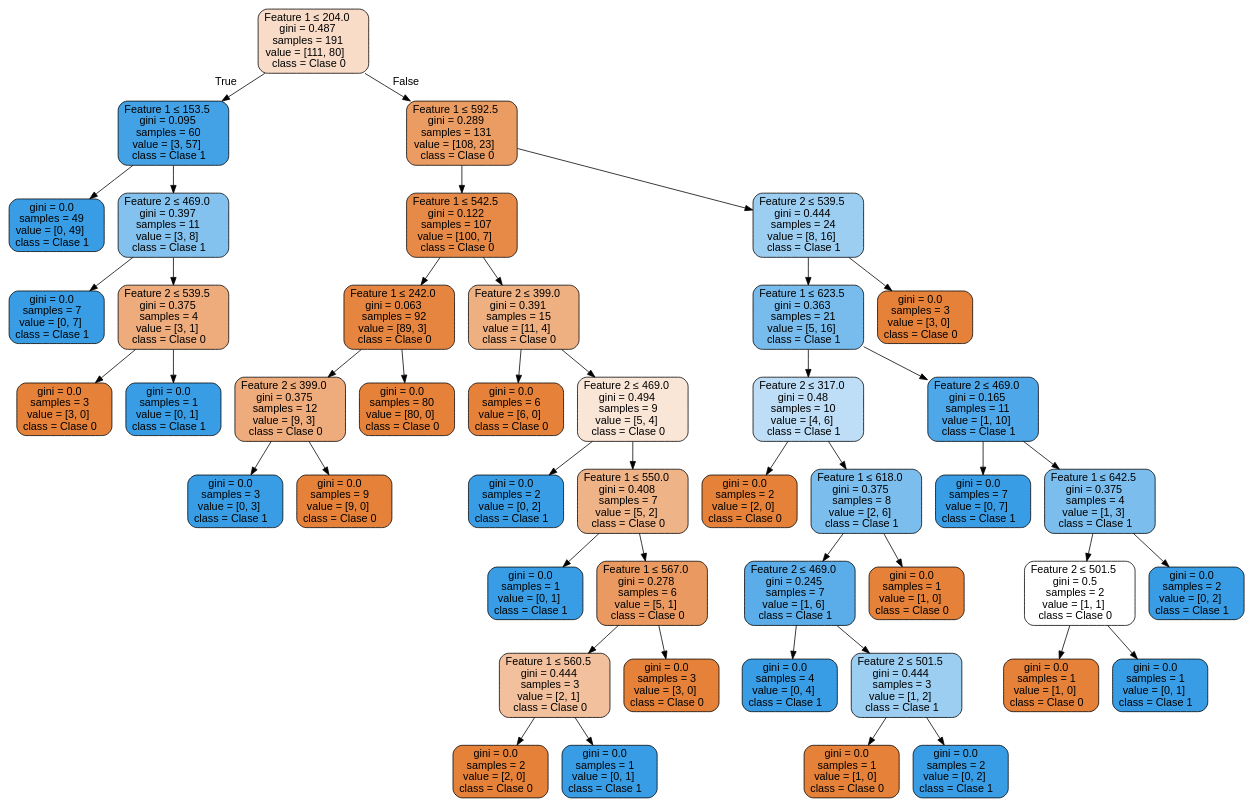
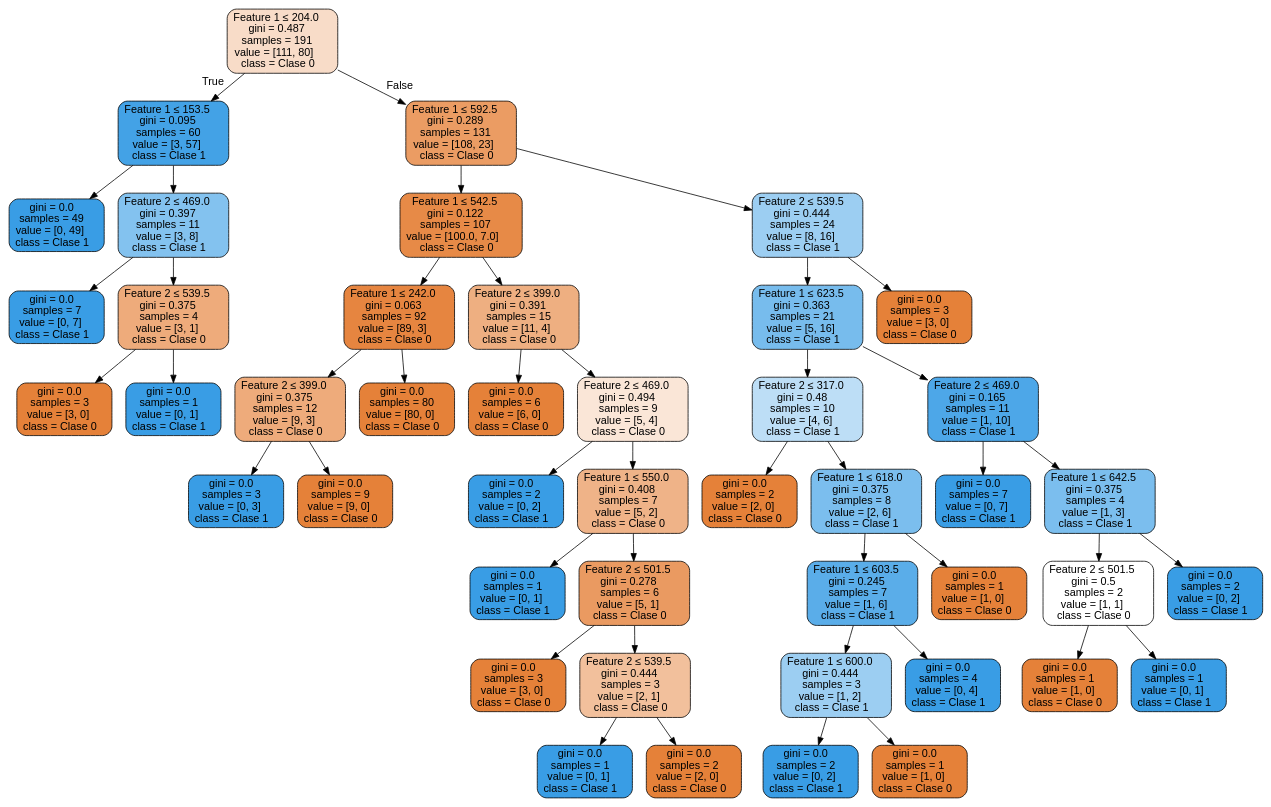
Before and after one commit to eAlcaraz85/IA.io: the diagram in Source.gv, drawn with Graphviz. The commit also changed 4 other files, not shown here.

```diff
--- a/Source.gv
+++ b/Source.gv
@@ -1,93 +1,93 @@
 digraph Tree {
 node [shape=box, style="filled, rounded", color="black", fontname="helvetica"] ;
 edge [fontname="helvetica"] ;
 0 [label=<Feature 1 &le; 204.0<br/>gini = 0.487<br/>samples = 191<br/>value = [111, 80]<br/>class = Clase 0>, fillcolor="#f8dcc8"] ;
 1 [label=<Feature 1 &le; 153.5<br/>gini = 0.095<br/>samples = 60<br/>value = [3, 57]<br/>class = Clase 1>, fillcolor="#43a2e6"] ;
 0 -> 1 [labeldistance=2.5, labelangle=45, headlabel="True"] ;
 2 [label=<gini = 0.0<br/>samples = 49<br/>value = [0, 49]<br/>class = Clase 1>, fillcolor="#399de5"] ;
 1 -> 2 ;
 3 [label=<Feature 2 &le; 469.0<br/>gini = 0.397<br/>samples = 11<br/>value = [3, 8]<br/>class = Clase 1>, fillcolor="#83c2ef"] ;
 1 -> 3 ;
 4 [label=<gini = 0.0<br/>samples = 7<br/>value = [0, 7]<br/>class = Clase 1>, fillcolor="#399de5"] ;
 3 -> 4 ;
 5 [label=<Feature 2 &le; 539.5<br/>gini = 0.375<br/>samples = 4<br/>value = [3, 1]<br/>class = Clase 0>, fillcolor="#eeab7b"] ;
 3 -> 5 ;
 6 [label=<gini = 0.0<br/>samples = 3<br/>value = [3, 0]<br/>class = Clase 0>, fillcolor="#e58139"] ;
 5 -> 6 ;
 7 [label=<gini = 0.0<br/>samples = 1<br/>value = [0, 1]<br/>class = Clase 1>, fillcolor="#399de5"] ;
 5 -> 7 ;
 8 [label=<Feature 1 &le; 592.5<br/>gini = 0.289<br/>samples = 131<br/>value = [108, 23]<br/>class = Clase 0>, fillcolor="#eb9c63"] ;
 0 -> 8 [labeldistance=2.5, labelangle=-45, headlabel="False"] ;
-9 [label=<Feature 1 &le; 542.5<br/>gini = 0.122<br/>samples = 107<br/>value = [100, 7]<br/>class = Clase 0>, fillcolor="#e78a47"] ;
+9 [label=<Feature 1 &le; 542.5<br/>gini = 0.122<br/>samples = 107<br/>value = [100.0, 7.0]<br/>class = Clase 0>, fillcolor="#e78a47"] ;
 8 -> 9 ;
 10 [label=<Feature 1 &le; 242.0<br/>gini = 0.063<br/>samples = 92<br/>value = [89, 3]<br/>class = Clase 0>, fillcolor="#e68540"] ;
 9 -> 10 ;
 11 [label=<Feature 2 &le; 399.0<br/>gini = 0.375<br/>samples = 12<br/>value = [9, 3]<br/>class = Clase 0>, fillcolor="#eeab7b"] ;
 10 -> 11 ;
 12 [label=<gini = 0.0<br/>samples = 3<br/>value = [0, 3]<br/>class = Clase 1>, fillcolor="#399de5"] ;
 11 -> 12 ;
 13 [label=<gini = 0.0<br/>samples = 9<br/>value = [9, 0]<br/>class = Clase 0>, fillcolor="#e58139"] ;
 11 -> 13 ;
 14 [label=<gini = 0.0<br/>samples = 80<br/>value = [80, 0]<br/>class = Clase 0>, fillcolor="#e58139"] ;
 10 -> 14 ;
 15 [label=<Feature 2 &le; 399.0<br/>gini = 0.391<br/>samples = 15<br/>value = [11, 4]<br/>class = Clase 0>, fillcolor="#eeaf81"] ;
 9 -> 15 ;
 16 [label=<gini = 0.0<br/>samples = 6<br/>value = [6, 0]<br/>class = Clase 0>, fillcolor="#e58139"] ;
 15 -> 16 ;
 17 [label=<Feature 2 &le; 469.0<br/>gini = 0.494<br/>samples = 9<br/>value = [5, 4]<br/>class = Clase 0>, fillcolor="#fae6d7"] ;
 15 -> 17 ;
 18 [label=<gini = 0.0<br/>samples = 2<br/>value = [0, 2]<br/>class = Clase 1>, fillcolor="#399de5"] ;
 17 -> 18 ;
 19 [label=<Feature 1 &le; 550.0<br/>gini = 0.408<br/>samples = 7<br/>value = [5, 2]<br/>class = Clase 0>, fillcolor="#efb388"] ;
 17 -> 19 ;
 20 [label=<gini = 0.0<br/>samples = 1<br/>value = [0, 1]<br/>class = Clase 1>, fillcolor="#399de5"] ;
 19 -> 20 ;
-21 [label=<Feature 1 &le; 567.0<br/>gini = 0.278<br/>samples = 6<br/>value = [5, 1]<br/>class = Clase 0>, fillcolor="#ea9a61"] ;
+21 [label=<Feature 2 &le; 501.5<br/>gini = 0.278<br/>samples = 6<br/>value = [5, 1]<br/>class = Clase 0>, fillcolor="#ea9a61"] ;
 19 -> 21 ;
-22 [label=<Feature 1 &le; 560.5<br/>gini = 0.444<br/>samples = 3<br/>value = [2, 1]<br/>class = Clase 0>, fillcolor="#f2c09c"] ;
+22 [label=<gini = 0.0<br/>samples = 3<br/>value = [3, 0]<br/>class = Clase 0>, fillcolor="#e58139"] ;
 21 -> 22 ;
-23 [label=<gini = 0.0<br/>samples = 2<br/>value = [2, 0]<br/>class = Clase 0>, fillcolor="#e58139"] ;
-22 -> 23 ;
+23 [label=<Feature 2 &le; 539.5<br/>gini = 0.444<br/>samples = 3<br/>value = [2, 1]<br/>class = Clase 0>, fillcolor="#f2c09c"] ;
+21 -> 23 ;
 24 [label=<gini = 0.0<br/>samples = 1<br/>value = [0, 1]<br/>class = Clase 1>, fillcolor="#399de5"] ;
-22 -> 24 ;
-25 [label=<gini = 0.0<br/>samples = 3<br/>value = [3, 0]<br/>class = Clase 0>, fillcolor="#e58139"] ;
-21 -> 25 ;
+23 -> 24 ;
+25 [label=<gini = 0.0<br/>samples = 2<br/>value = [2, 0]<br/>class = Clase 0>, fillcolor="#e58139"] ;
+23 -> 25 ;
 26 [label=<Feature 2 &le; 539.5<br/>gini = 0.444<br/>samples = 24<br/>value = [8, 16]<br/>class = Clase 1>, fillcolor="#9ccef2"] ;
 8 -> 26 ;
 27 [label=<Feature 1 &le; 623.5<br/>gini = 0.363<br/>samples = 21<br/>value = [5, 16]<br/>class = Clase 1>, fillcolor="#77bced"] ;
 26 -> 27 ;
 28 [label=<Feature 2 &le; 317.0<br/>gini = 0.48<br/>samples = 10<br/>value = [4, 6]<br/>class = Clase 1>, fillcolor="#bddef6"] ;
 27 -> 28 ;
 29 [label=<gini = 0.0<br/>samples = 2<br/>value = [2, 0]<br/>class = Clase 0>, fillcolor="#e58139"] ;
 28 -> 29 ;
 30 [label=<Feature 1 &le; 618.0<br/>gini = 0.375<br/>samples = 8<br/>value = [2, 6]<br/>class = Clase 1>, fillcolor="#7bbeee"] ;
 28 -> 30 ;
-31 [label=<Feature 2 &le; 469.0<br/>gini = 0.245<br/>samples = 7<br/>value = [1, 6]<br/>class = Clase 1>, fillcolor="#5aade9"] ;
+31 [label=<Feature 1 &le; 603.5<br/>gini = 0.245<br/>samples = 7<br/>value = [1, 6]<br/>class = Clase 1>, fillcolor="#5aade9"] ;
 30 -> 31 ;
-32 [label=<gini = 0.0<br/>samples = 4<br/>value = [0, 4]<br/>class = Clase 1>, fillcolor="#399de5"] ;
+32 [label=<Feature 1 &le; 600.0<br/>gini = 0.444<br/>samples = 3<br/>value = [1, 2]<br/>class = Clase 1>, fillcolor="#9ccef2"] ;
 31 -> 32 ;
-33 [label=<Feature 2 &le; 501.5<br/>gini = 0.444<br/>samples = 3<br/>value = [1, 2]<br/>class = Clase 1>, fillcolor="#9ccef2"] ;
-31 -> 33 ;
+33 [label=<gini = 0.0<br/>samples = 2<br/>value = [0, 2]<br/>class = Clase 1>, fillcolor="#399de5"] ;
+32 -> 33 ;
 34 [label=<gini = 0.0<br/>samples = 1<br/>value = [1, 0]<br/>class = Clase 0>, fillcolor="#e58139"] ;
-33 -> 34 ;
-35 [label=<gini = 0.0<br/>samples = 2<br/>value = [0, 2]<br/>class = Clase 1>, fillcolor="#399de5"] ;
-33 -> 35 ;
+32 -> 34 ;
+35 [label=<gini = 0.0<br/>samples = 4<br/>value = [0, 4]<br/>class = Clase 1>, fillcolor="#399de5"] ;
+31 -> 35 ;
 36 [label=<gini = 0.0<br/>samples = 1<br/>value = [1, 0]<br/>class = Clase 0>, fillcolor="#e58139"] ;
 30 -> 36 ;
 37 [label=<Feature 2 &le; 469.0<br/>gini = 0.165<br/>samples = 11<br/>value = [1, 10]<br/>class = Clase 1>, fillcolor="#4da7e8"] ;
 27 -> 37 ;
 38 [label=<gini = 0.0<br/>samples = 7<br/>value = [0, 7]<br/>class = Clase 1>, fillcolor="#399de5"] ;
 37 -> 38 ;
 39 [label=<Feature 1 &le; 642.5<br/>gini = 0.375<br/>samples = 4<br/>value = [1, 3]<br/>class = Clase 1>, fillcolor="#7bbeee"] ;
 37 -> 39 ;
 40 [label=<Feature 2 &le; 501.5<br/>gini = 0.5<br/>samples = 2<br/>value = [1, 1]<br/>class = Clase 0>, fillcolor="#ffffff"] ;
 39 -> 40 ;
 41 [label=<gini = 0.0<br/>samples = 1<br/>value = [1, 0]<br/>class = Clase 0>, fillcolor="#e58139"] ;
 40 -> 41 ;
 42 [label=<gini = 0.0<br/>samples = 1<br/>value = [0, 1]<br/>class = Clase 1>, fillcolor="#399de5"] ;
 40 -> 42 ;
 43 [label=<gini = 0.0<br/>samples = 2<br/>value = [0, 2]<br/>class = Clase 1>, fillcolor="#399de5"] ;
 39 -> 43 ;
 44 [label=<gini = 0.0<br/>samples = 3<br/>value = [3, 0]<br/>class = Clase 0>, fillcolor="#e58139"] ;
 26 -> 44 ;
 }
```
